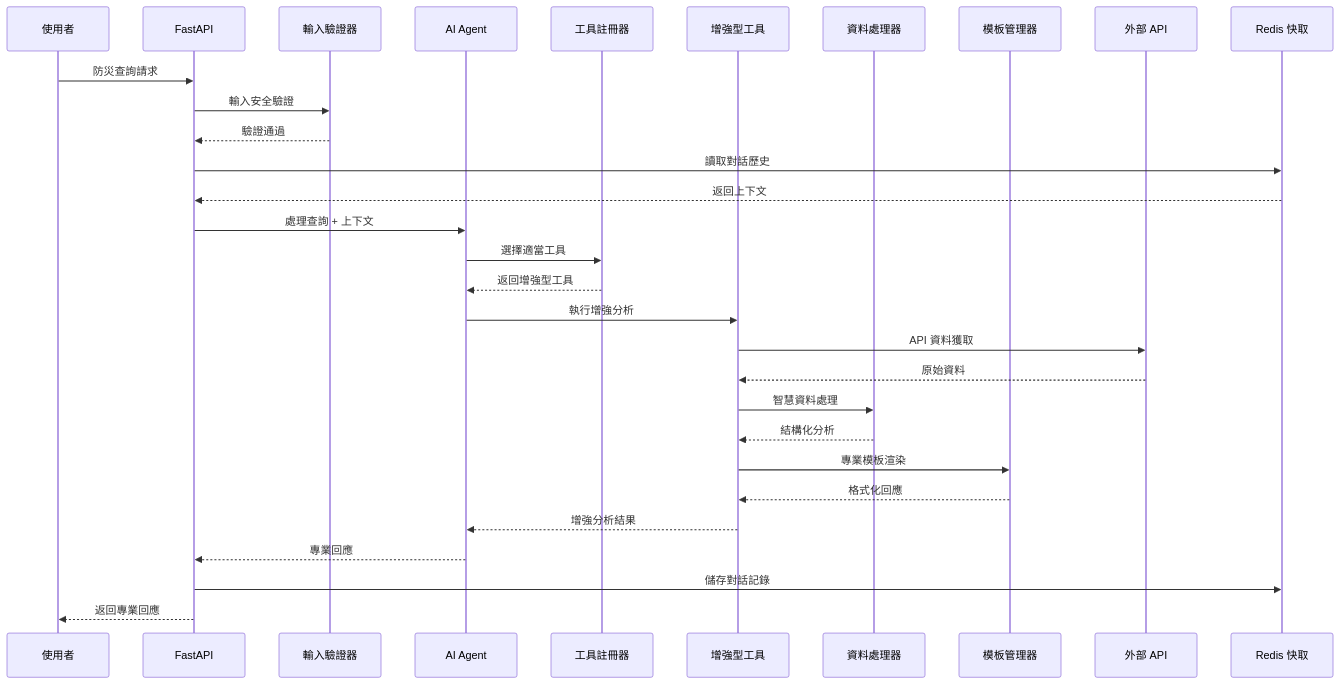
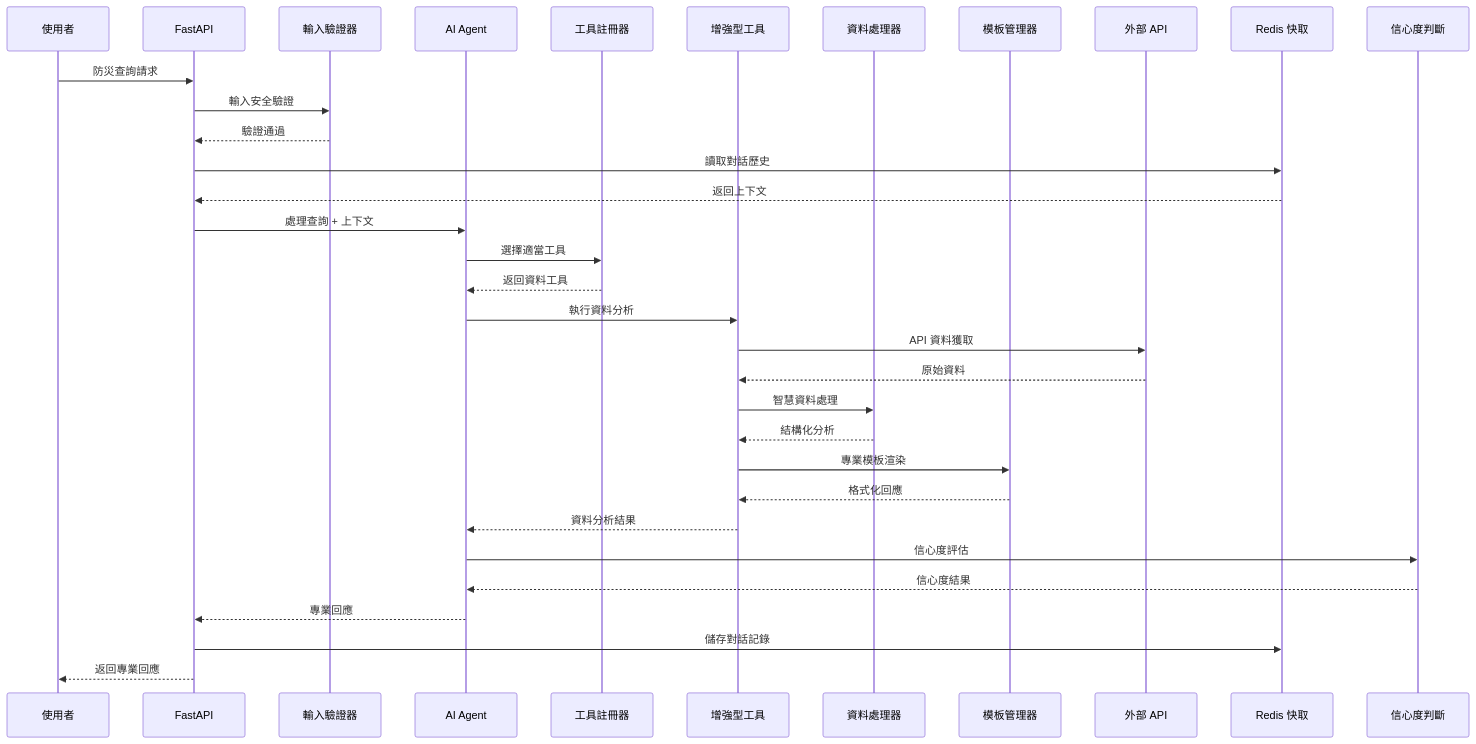
Before and after one commit to weng8669/MySQL: the second of 2 diagrams in README.md, drawn with Mermaid. The commit also changed other lines of this file, not shown here.

````diff
--- a/README.md
+++ b/README.md
@@ -49,40 +51,43 @@
 ```mermaid
 sequenceDiagram
     participant U as 使用者
     participant API as FastAPI
     participant V as 輸入驗證器
     participant A as AI Agent
     participant R as 工具註冊器
     participant ET as 增強型工具
     participant DP as 資料處理器
     participant TM as 模板管理器
     participant EXT as 外部 API
     participant Redis as Redis 快取
+    participant C as 信心度判斷
 
     U->>API: 防災查詢請求
     API->>V: 輸入安全驗證
     V-->>API: 驗證通過
     
     API->>Redis: 讀取對話歷史
     Redis-->>API: 返回上下文
     
     API->>A: 處理查詢 + 上下文
     A->>R: 選擇適當工具
-    R-->>A: 返回增強型工具
+    R-->>A: 返回資料工具
     
-    A->>ET: 執行增強分析
+    A->>ET: 執行資料分析
     ET->>EXT: API 資料獲取
     EXT-->>ET: 原始資料
     
     ET->>DP: 智慧資料處理
     DP-->>ET: 結構化分析
     
     ET->>TM: 專業模板渲染
     TM-->>ET: 格式化回應
     
-    ET-->>A: 增強分析結果
+    ET-->>A: 資料分析結果
+    A->>C: 信心度評估
+    C-->>A: 信心度結果
     A-->>API: 專業回應
     
     API->>Redis: 儲存對話記錄
     API-->>U: 返回專業回應
 ```
````
